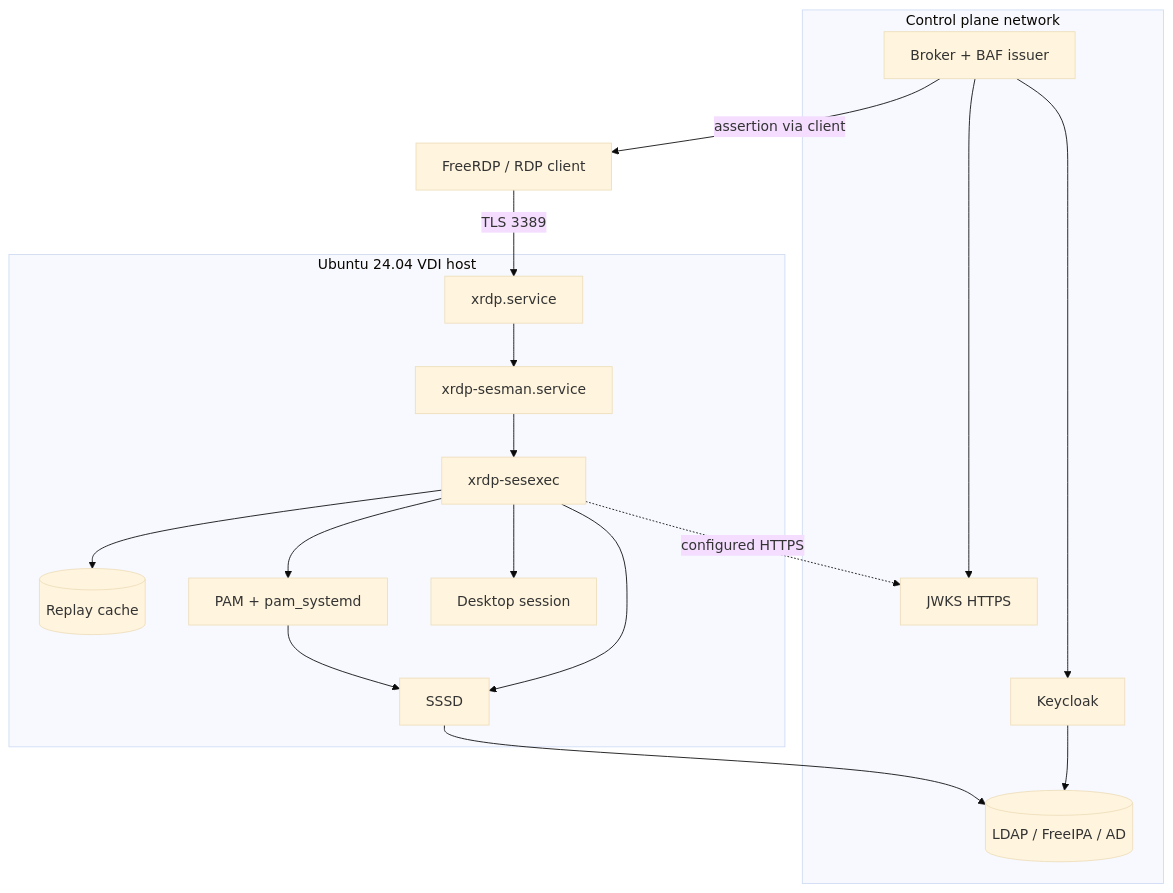
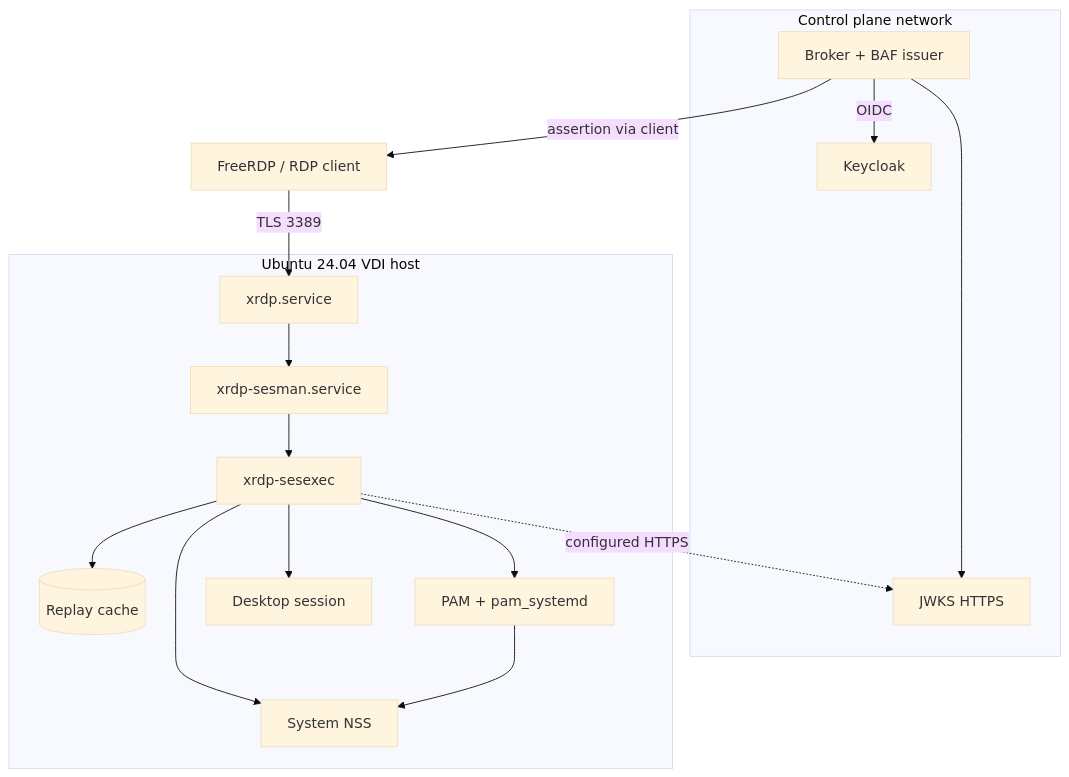
One commit to risi70/xrdp changed the diagram in specification/diagrams/deployment-diagram.mmd. Above: the diagram before and after it, drawn with Mermaid (base theme). The commit also changed 63 other files, not shown here.

```diff
--- a/specification/diagrams/deployment-diagram.mmd
+++ b/specification/diagrams/deployment-diagram.mmd
@@ -1,27 +1,25 @@
 flowchart TB
   subgraph CP["Control plane network"]
     KC[Keycloak]
     BR[Broker + BAF issuer]
     JW[JWKS HTTPS]
-    ID[(LDAP / FreeIPA / AD)]
-    BR --> KC --> ID
+    BR -->|OIDC| KC
     BR --> JW
   end
   subgraph Host["Ubuntu 24.04 VDI host"]
     XR[xrdp.service]
     SM[xrdp-sesman.service]
     SE[xrdp-sesexec]
     RP[(Replay cache)]
-    SS[SSSD]
+    NS[System NSS]
     PAM[PAM + pam_systemd]
     DESK[Desktop session]
     XR --> SM --> SE
     SE --> RP
-    SE --> SS
-    SE --> PAM --> SS
+    SE --> NS
+    SE --> PAM --> NS
     SE --> DESK
   end
   CL[FreeRDP / RDP client] -->|TLS 3389| XR
   BR -->|assertion via client| CL
   SE -. configured HTTPS .-> JW
-  SS --> ID
```
